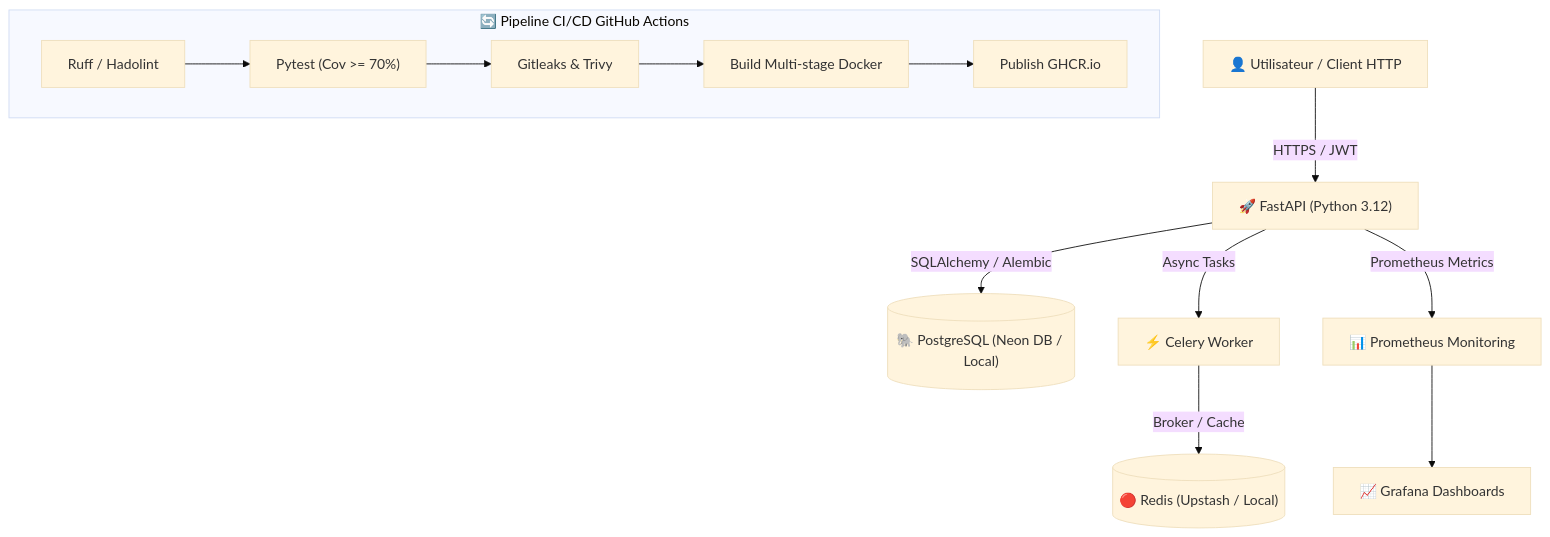
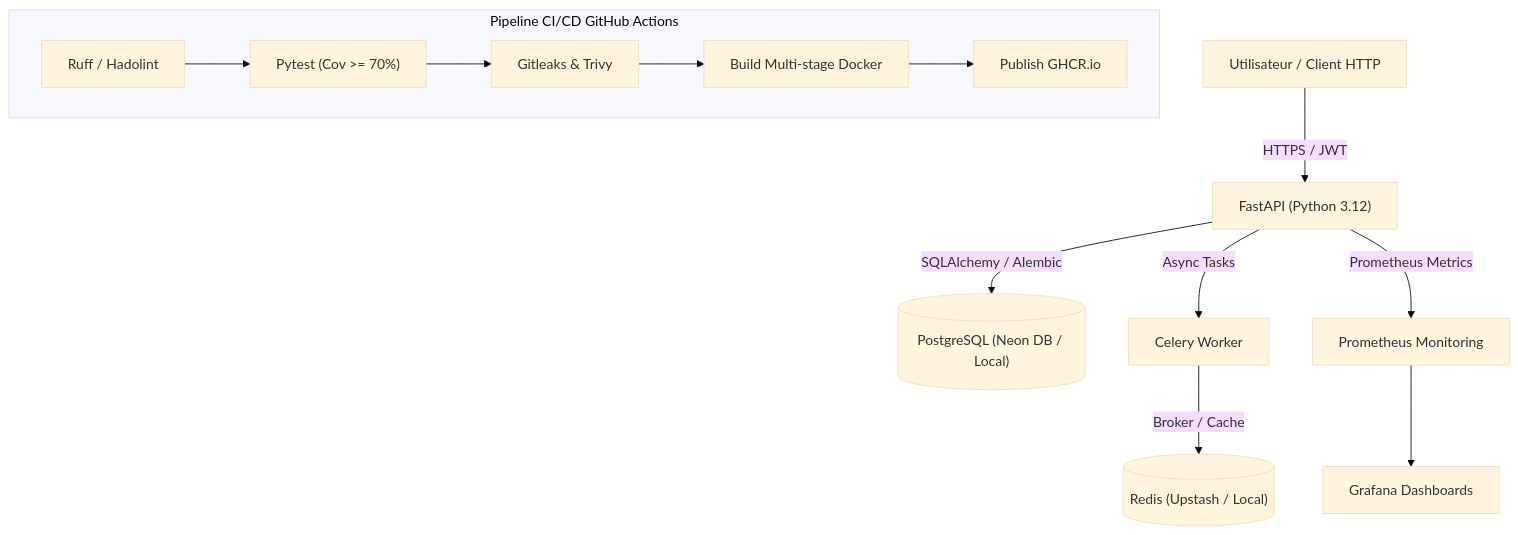
One commit to fatimaezzahraerabia/devops-backend-logbook changed the diagram in docs/index.md. Above: the diagram before and after it, drawn with Mermaid (base theme). The commit also changed other lines of this file and 4 other files, not shown here.

````diff
--- a/docs/index.md
+++ b/docs/index.md
@@ -29,16 +29,16 @@
 ```mermaid
 graph TD
-    User["👤 Utilisateur / Client HTTP"] -->|HTTPS / JWT| API["🚀 FastAPI (Python 3.12)"]
-    API -->|SQLAlchemy / Alembic| DB[("🐘 PostgreSQL (Neon DB / Local)")]
-    API -->|Async Tasks| Celery["⚡ Celery Worker"]
-    Celery -->|Broker / Cache| Redis[("🔴 Redis (Upstash / Local)")]
-    API -->|Prometheus Metrics| Prom["📊 Prometheus Monitoring"]
-    Prom --> Grafana["📈 Grafana Dashboards"]
+    User["Utilisateur / Client HTTP"] -->|HTTPS / JWT| API["FastAPI (Python 3.12)"]
+    API -->|SQLAlchemy / Alembic| DB[("PostgreSQL (Neon DB / Local)")]
+    API -->|Async Tasks| Celery["Celery Worker"]
+    Celery -->|Broker / Cache| Redis[("Redis (Upstash / Local)")]
+    API -->|Prometheus Metrics| Prom["Prometheus Monitoring"]
+    Prom --> Grafana["Grafana Dashboards"]
     
-    subgraph CI_CD ["🔄 Pipeline CI/CD GitHub Actions"]
+    subgraph CI_CD ["Pipeline CI/CD GitHub Actions"]
         Lint["Ruff / Hadolint"] --> Test["Pytest (Cov >= 70%)"]
         Test --> SecScan["Gitleaks & Trivy"]
         SecScan --> DockerBuild["Build Multi-stage Docker"]
         DockerBuild --> PushGHCR["Publish GHCR.io"]
     end
 ```
````
